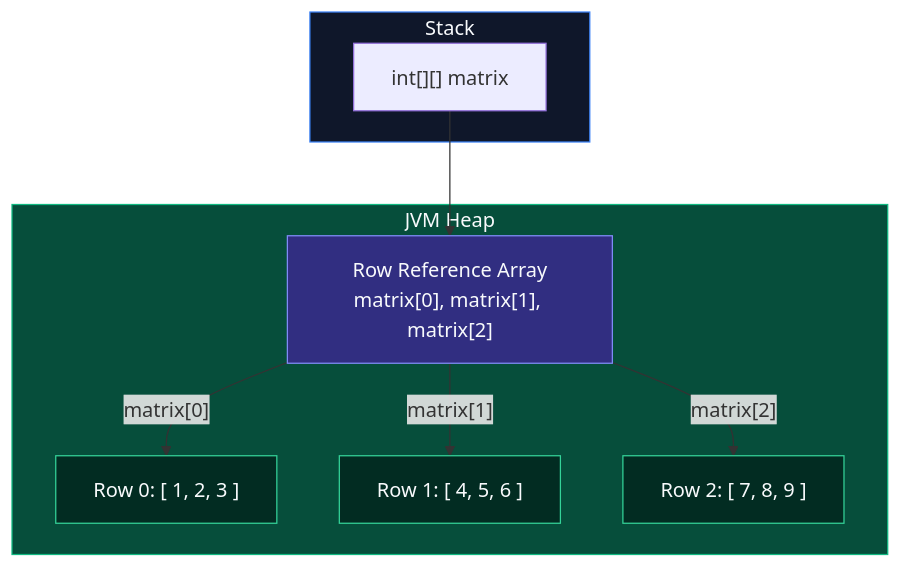
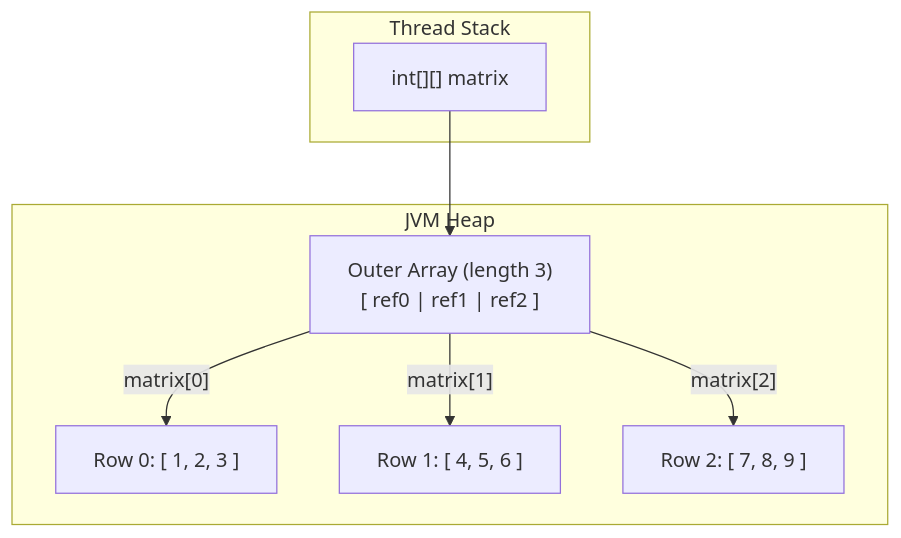
Before and after one commit to ravishankar2463/java_hub: the third of 3 diagrams in content/roadmap/level-0/arrays-2d-matrices.md, drawn with Mermaid. The commit also changed other lines of this file and 119 other files, not shown here.

Commit message:
feat: add comprehensive java learning roadmap content across multiple levels

````diff
--- a/content/roadmap/level-0/arrays-2d-matrices.md
+++ b/content/roadmap/level-0/arrays-2d-matrices.md
@@ -169,26 +189,19 @@
 ```mermaid
 flowchart TD
-    subgraph StackSpace ["Stack"]
-        MatrixRef["int[][] matrix"]
+    subgraph stackSpace ["Thread Stack"]
+        matrixRef["int[][] matrix"]
     end
 
-    subgraph HeapSpace ["JVM Heap"]
-        Top["Row Reference Array<br/>matrix[0], matrix[1], matrix[2]"]
-        Row0["Row 0: [ 1, 2, 3 ]"]
-        Row1["Row 1: [ 4, 5, 6 ]"]
-        Row2["Row 2: [ 7, 8, 9 ]"]
-        
-        Top -->|"matrix[0]"| Row0
-        Top -->|"matrix[1]"| Row1
-        Top -->|"matrix[2]"| Row2
+    subgraph heapSpace ["JVM Heap"]
+        outer["Outer Array (length 3)<br/>[ ref0 | ref1 | ref2 ]"]
+        row0["Row 0: [ 1, 2, 3 ]"]
+        row1["Row 1: [ 4, 5, 6 ]"]
+        row2["Row 2: [ 7, 8, 9 ]"]
+
+        outer -->|"matrix[0]"| row0
+        outer -->|"matrix[1]"| row1
+        outer -->|"matrix[2]"| row2
     end
 
-    MatrixRef --> Top
-
-    style StackSpace fill:#0f172a,stroke:#3b82f6,color:#f8fafc
-    style HeapSpace fill:#064e3b,stroke:#10b981,color:#f8fafc
-    style Top fill:#312e81,stroke:#818cf8,color:#f8fafc
-    style Row0 fill:#022c22,stroke:#34d399,color:#f8fafc
-    style Row1 fill:#022c22,stroke:#34d399,color:#f8fafc
-    style Row2 fill:#022c22,stroke:#34d399,color:#f8fafc
+    matrixRef --> outer
 ```
````
